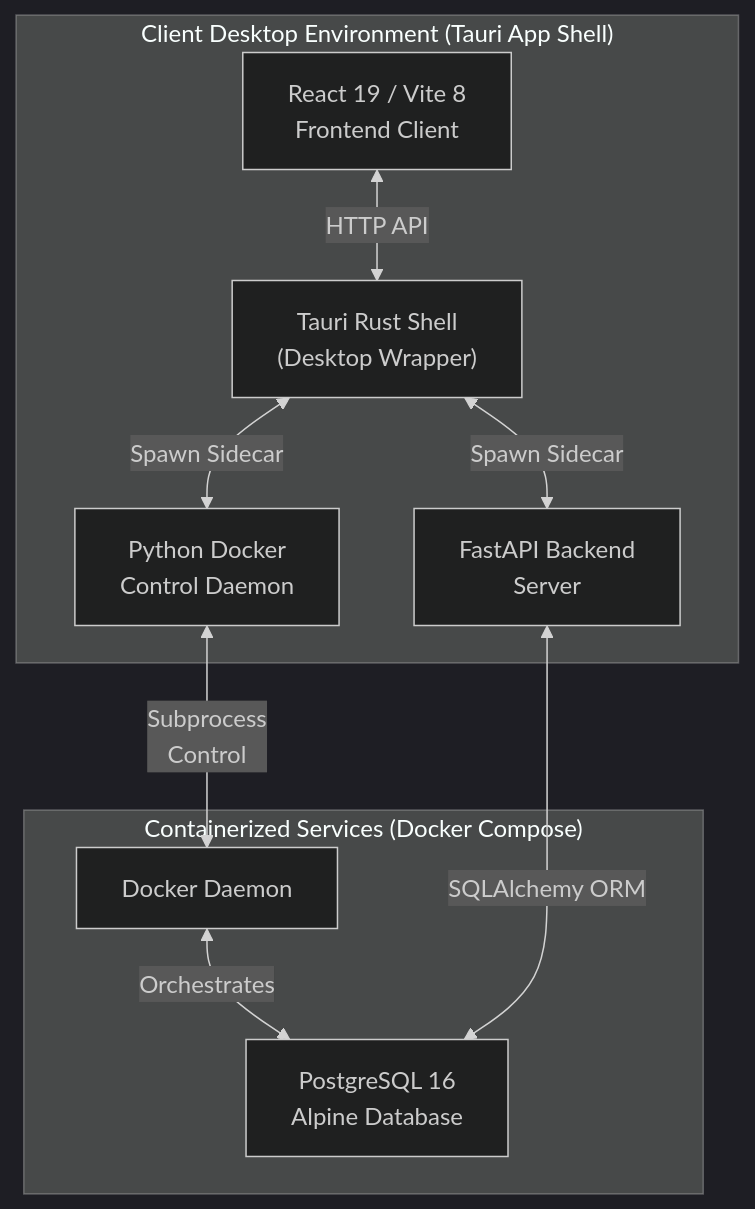
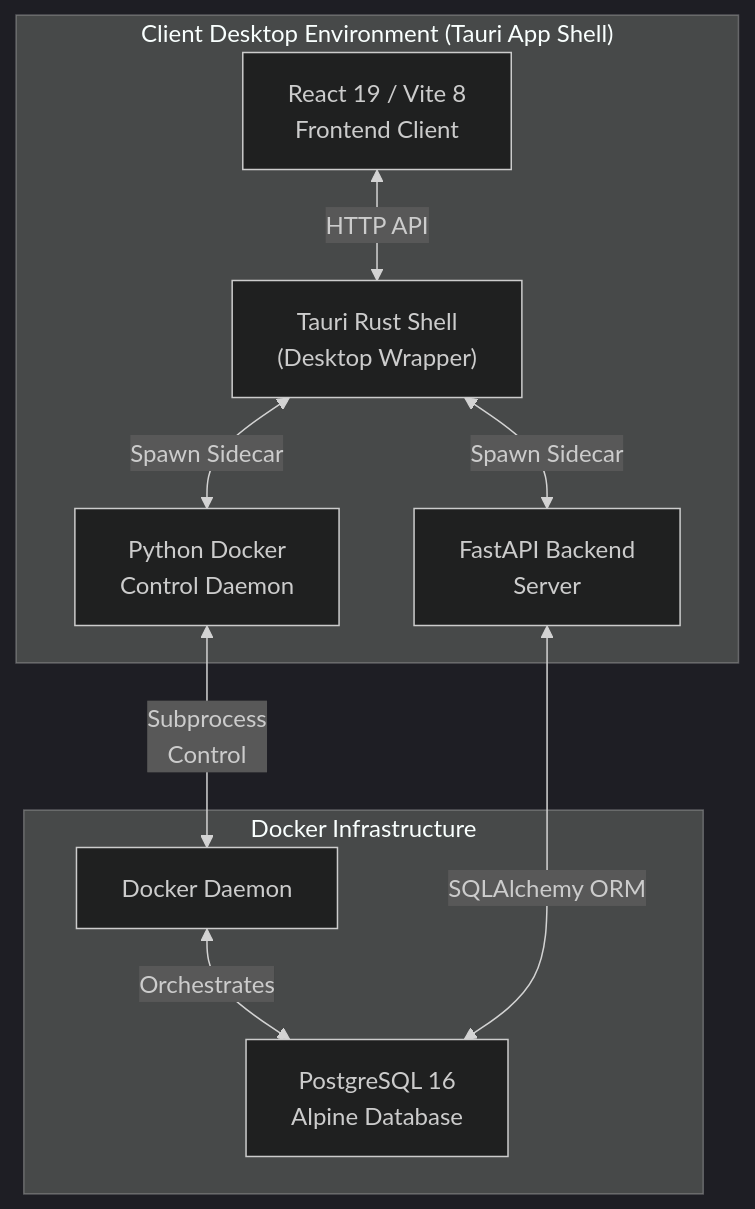
Before and after one commit to Ramasamy15012004/Industrial-ERP-desktop-suite: the diagram in README.md, drawn with Mermaid (dark theme).

Commit message:
Update subgraph title to avoid text overlap in Mermaid

````diff
--- a/README.md
+++ b/README.md
@@ -17,14 +17,14 @@
 ```mermaid
 graph TD
     subgraph "Client Desktop Environment (Tauri App Shell)"
         A["React 19 / Vite 8<br/>Frontend Client"] <-->|HTTP API| B["Tauri Rust Shell<br/>(Desktop Wrapper)"]
         B <-->|Spawn Sidecar| C["Python Docker<br/>Control Daemon"]
         B <-->|Spawn Sidecar| D["FastAPI Backend<br/>Server"]
     end
 
-    subgraph "Containerized Services (Docker Compose)"
+    subgraph "Docker Infrastructure"
         C <-->|"Subprocess<br/>Control"| E["Docker Daemon"]
         E <-->|Orchestrates| F["PostgreSQL 16<br/>Alpine Database"]
         D <-->|SQLAlchemy ORM| F
     end
 ```
````
